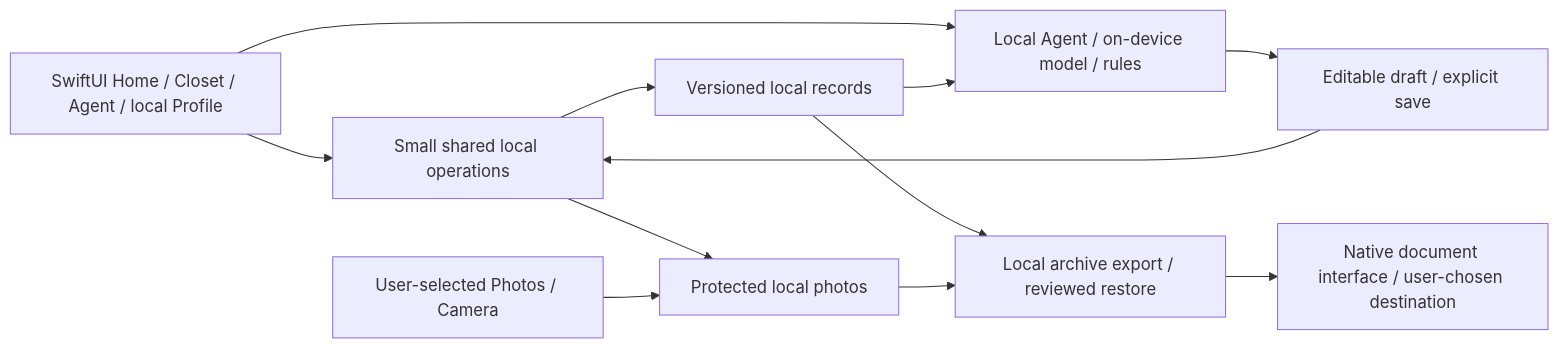
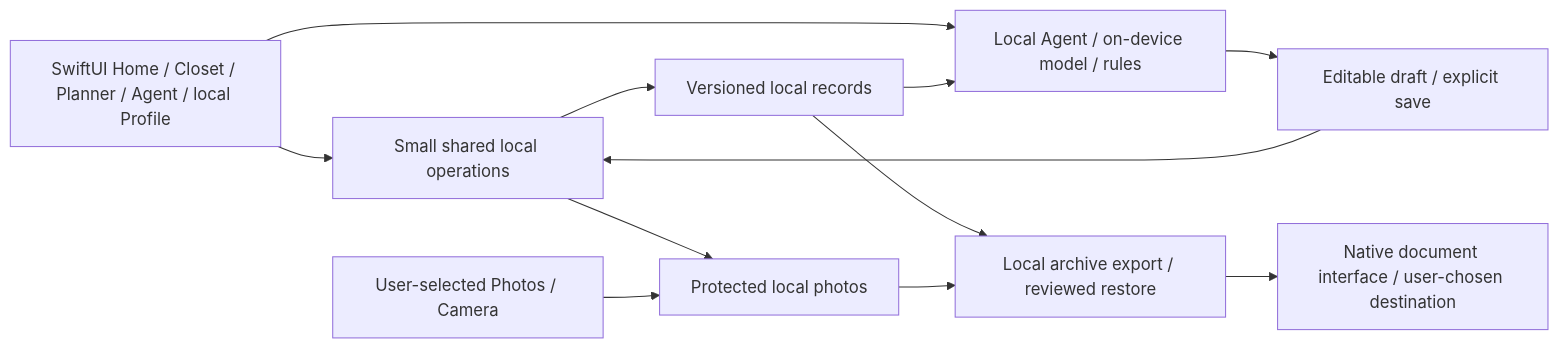
The diagram in docs/architecture/v1.md (vn-aj-vngrd/aqd), drawn with Mermaid before and after one commit. The commit also changed other lines of this file and 60 other files, not shown here.

````diff
--- a/docs/architecture/v1.md
+++ b/docs/architecture/v1.md
@@ -7,14 +7,14 @@
 ```mermaid
 flowchart LR
-  UI[SwiftUI Home / Closet / Agent / local Profile] --> Commands[Small shared local operations]
+  UI[SwiftUI Home / Closet / Planner / Agent / local Profile] --> Commands[Small shared local operations]
   Commands --> Store[Versioned local records]
   Commands --> Media[Protected local photos]
   Picker[User-selected Photos / Camera] --> Media
   UI --> Suggest[Local Agent / on-device model / rules]
   Store --> Suggest
   Suggest --> Review[Editable draft / explicit save]
   Review --> Commands
   Store --> Archive[Local archive export / reviewed restore]
   Media --> Archive
   Archive --> Files[Native document interface / user-chosen destination]
 ```
````
